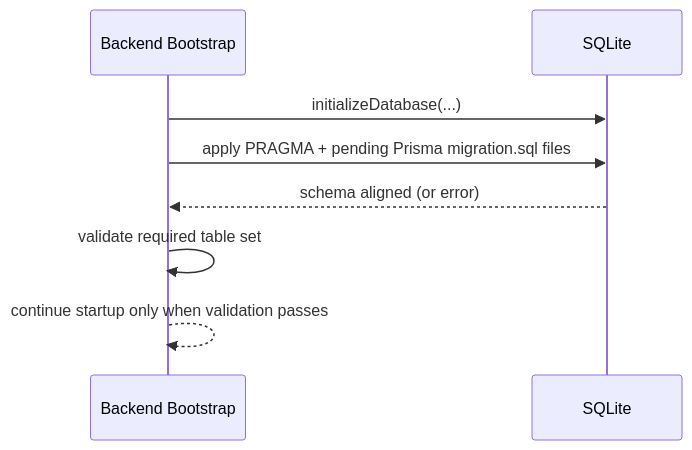
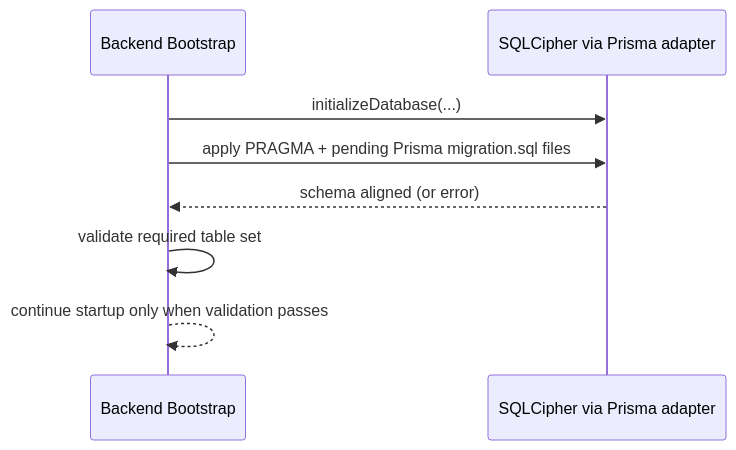
The tenth of 10 diagrams in docs/developer/core/architecture.md (XYZ1024-alt/Cosmosh), drawn with Mermaid before and after one commit. The commit also changed other lines of this file and 12 other files, not shown here.

First line of the commit message:
fix(backend): enforce SQLCipher for Prisma storage

````diff
--- a/docs/developer/core/architecture.md
+++ b/docs/developer/core/architecture.md
@@ -356,11 +366,11 @@
 ```mermaid
 sequenceDiagram
   participant BE as Backend Bootstrap
-  participant DB as SQLite
+  participant DB as SQLCipher via Prisma adapter
 
   BE->>DB: initializeDatabase(...)
   BE->>DB: apply PRAGMA + pending Prisma migration.sql files
   DB-->>BE: schema aligned (or error)
   BE->>BE: validate required table set
   BE-->>BE: continue startup only when validation passes
 ```
````
